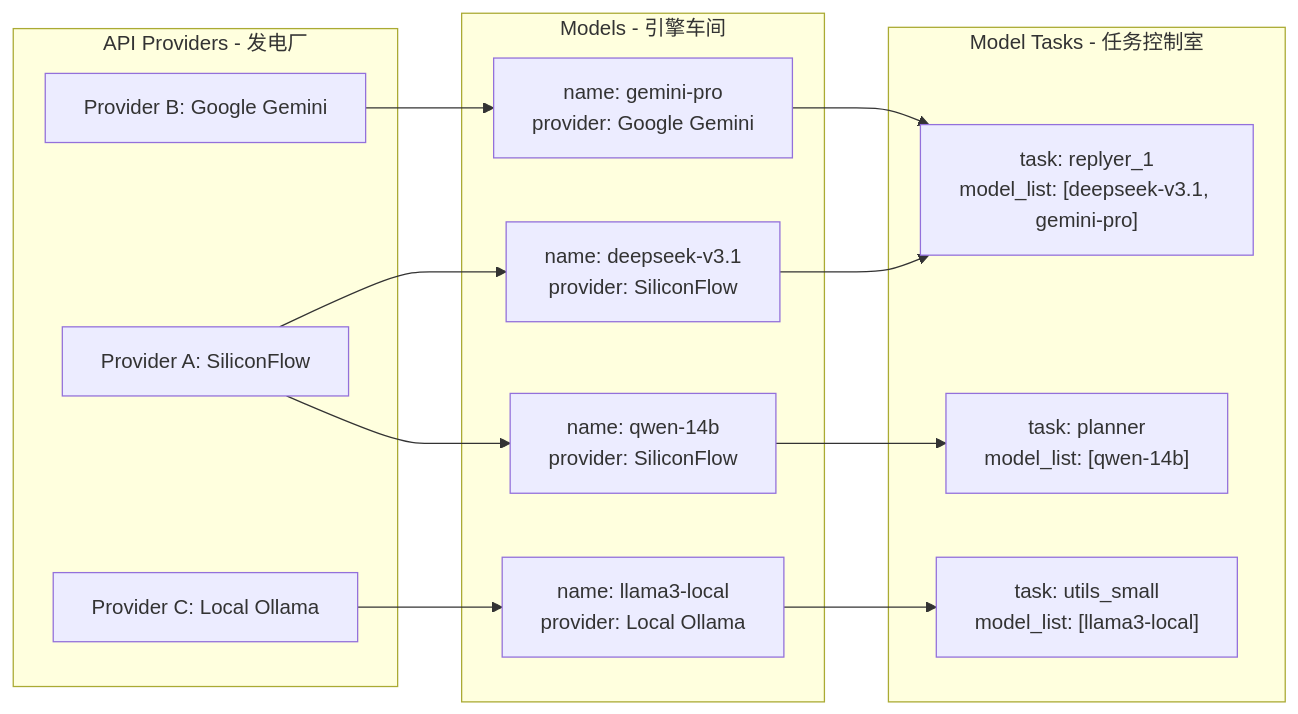
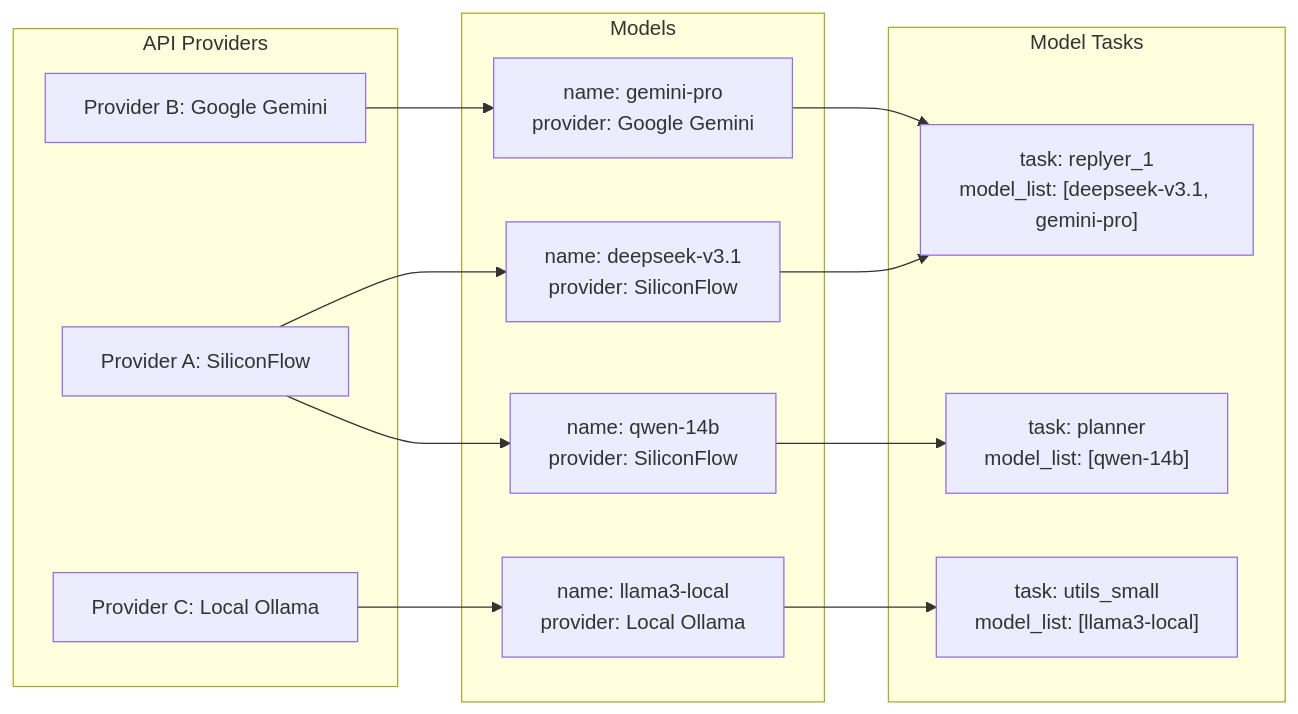
Before and after one commit to MoFox-Studio/MoFox-Bot-Docs: the diagram in docs/guides/model_configuration_guide.md, drawn with Mermaid. The commit also changed other lines of this file and 22 other files, not shown here.

````diff
--- a/docs/guides/model_configuration_guide.md
+++ b/docs/guides/model_configuration_guide.md
@@ -27,31 +15,31 @@
 ```mermaid
 graph LR
-    subgraph 资源层 [API Providers - 发电厂]
+    subgraph 资源层 [API Providers]
         P1[Provider A: SiliconFlow]
         P2[Provider B: Google Gemini]
         P3[Provider C: Local Ollama]
     end
 
-    subgraph 能力层 [Models - 引擎车间]
+    subgraph 能力层 [Models]
         M1["name: deepseek-v3.1<br>provider: SiliconFlow"]
         M2["name: qwen-14b<br>provider: SiliconFlow"]
         M3["name: gemini-pro<br>provider: Google Gemini"]
         M4["name: llama3-local<br>provider: Local Ollama"]
     end
 
-    subgraph 应用层 [Model Tasks - 任务控制室]
+    subgraph 应用层 [Model Tasks]
         T1["task: replyer_1<br>model_list: [deepseek-v3.1, gemini-pro]"]
         T2["task: planner<br>model_list: [qwen-14b]"]
         T3["task: utils_small<br>model_list: [llama3-local]"]
     end
 
     P1 --> M1
     P1 --> M2
     P2 --> M3
     P3 --> M4
 
     M1 --> T1
     M3 --> T1
     M2 --> T2
     M4 --> T3
 ```
````
